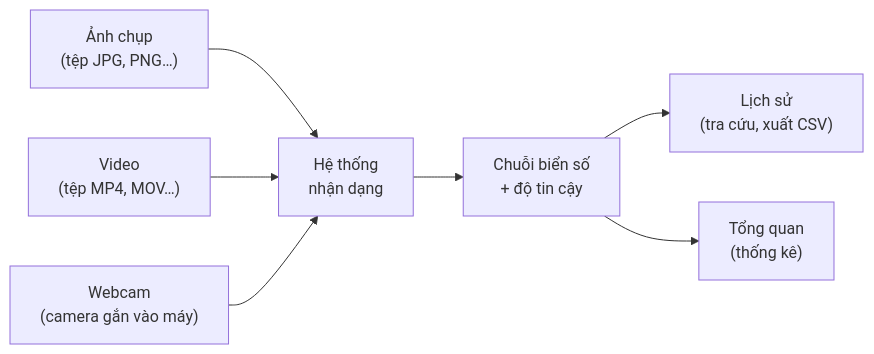
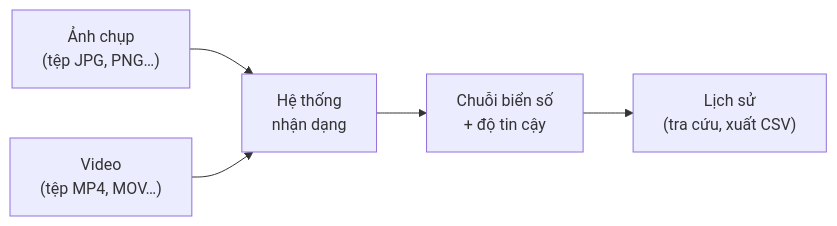
The diagram in docs/manuals/user-manual.md (hieunguyen2604/alpr-do-an-mon-hoc), drawn with Mermaid before and after one commit. The commit also changed other lines of this file and 82 other files, not shown here.

````diff
--- a/docs/manuals/user-manual.md
+++ b/docs/manuals/user-manual.md
@@ -56,9 +54,7 @@
 ```mermaid
 flowchart LR
     A["Ảnh chụp<br/>(tệp JPG, PNG…)"] --> P
     B["Video<br/>(tệp MP4, MOV…)"] --> P
-    C["Webcam<br/>(camera gắn vào máy)"] --> P
     P["Hệ thống<br/>nhận dạng"] --> R["Chuỗi biển số<br/>+ độ tin cậy"]
     R --> H["Lịch sử<br/>(tra cứu, xuất CSV)"]
-    R --> D["Tổng quan<br/>(thống kê)"]
 ```
````
